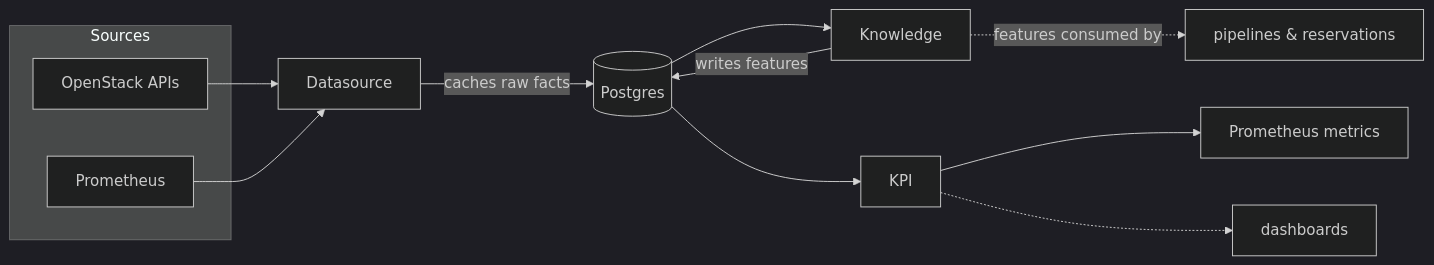
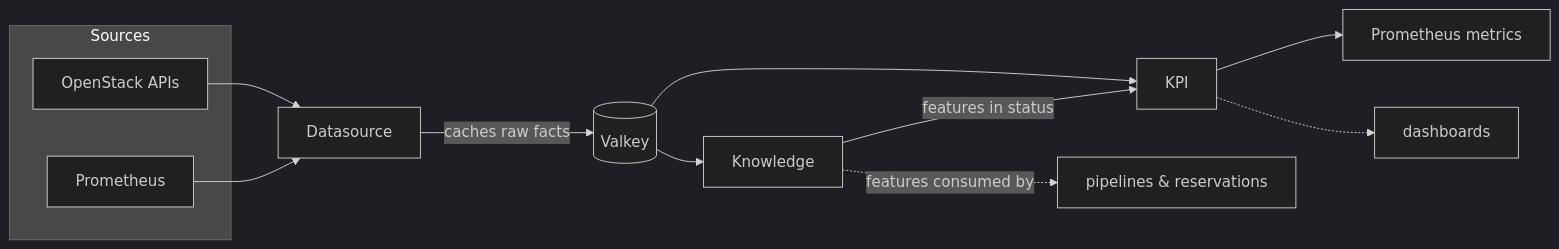
Before and after one commit to cobaltcore-dev/cortex: the diagram in docs/04-knowledge-database/01-knowledge-flow-overview.md, drawn with Mermaid (dark theme). The commit also changed other lines of this file and 106 other files, not shown here.

First line of the commit message:
feat: replace postgres with valkey/in-memory knowledge store

````diff
--- a/docs/04-knowledge-database/01-knowledge-flow-overview.md
+++ b/docs/04-knowledge-database/01-knowledge-flow-overview.md
@@ -19,16 +19,16 @@
 ```mermaid
 flowchart LR
     subgraph src[Sources]
         OS[OpenStack APIs]
         PM[Prometheus]
     end
-    DS[Datasource] -->|caches raw facts| DB[(Postgres)]
+    DS[Datasource] -->|caches raw facts| DB[(Valkey)]
     OS --> DS
     PM --> DS
     DB --> K[Knowledge]
-    K -->|writes features| DB
     DB --> KPI[KPI]
+    K -->|features in status| KPI
     KPI --> M[Prometheus metrics]
     K -.->|features consumed by| PIPE[pipelines & reservations]
     KPI -.-> DASH[dashboards]
 ```
````
